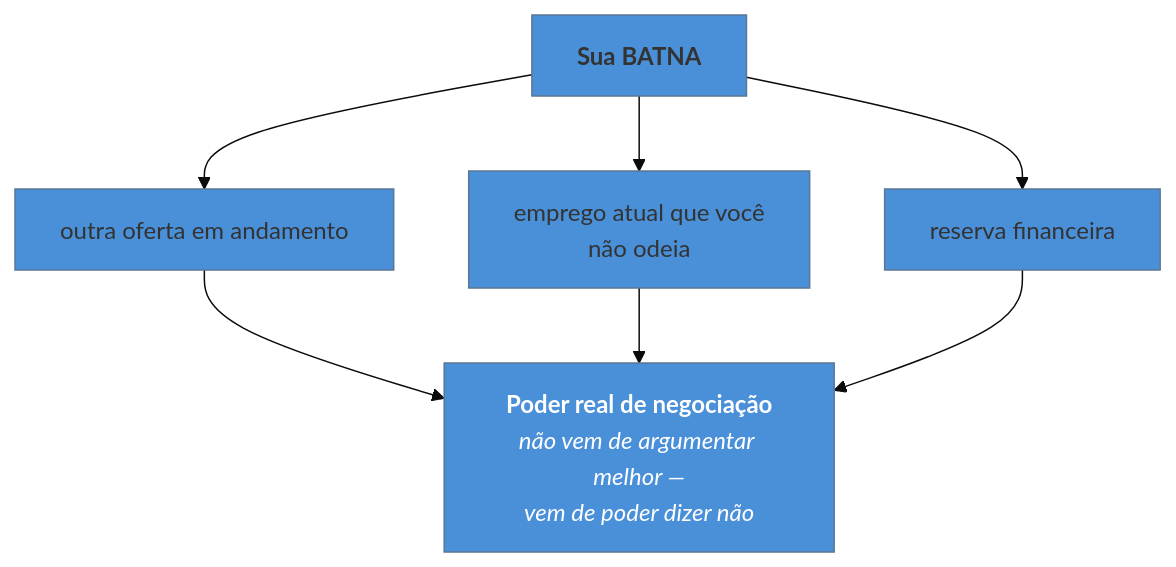
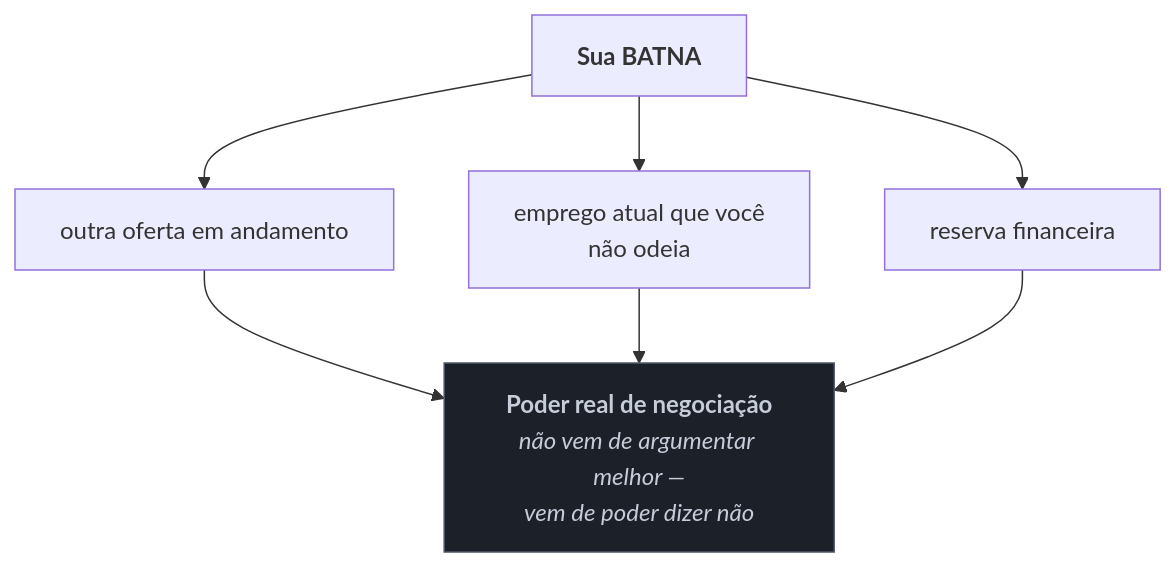
One commit to josenaldo/codex-technomanticus changed the diagram in 03-Dominios/Carreira/Entrevistas/14 - Negociação de oferta (capstone).md. Above: the diagram before and after it, drawn with Mermaid. The commit also changed 1181 other files, not shown here.

First line of the commit message:
fix(diagramas): paleta do sistema no lugar de cor cravada no markdown

````diff
--- a/03-Dominios/Carreira/Entrevistas/14 - Negociação de oferta (capstone).md
+++ b/03-Dominios/Carreira/Entrevistas/14 - Negociação de oferta (capstone).md
@@ -52,12 +52,12 @@
 ```mermaid
-%%{init: {"theme": "base", "themeVariables": {"primaryColor": "#4A90D9"}}}%%
 graph TD
+    classDef neutro fill:#1B2029,stroke:#4E5666,color:#C6CCD8
     B["<b>Sua BATNA</b>"] --> B1["outra oferta em andamento"]
     B --> B2["emprego atual que você<br/>não odeia"]
     B --> B3["reserva financeira"]
     B1 --> P["<b>Poder real de negociação</b><br/><i>não vem de argumentar melhor —<br/>vem de poder dizer não</i>"]
     B2 --> P
     B3 --> P
 
-    style P fill:#4A90D9,color:#fff
+    class P neutro
 ```
````
